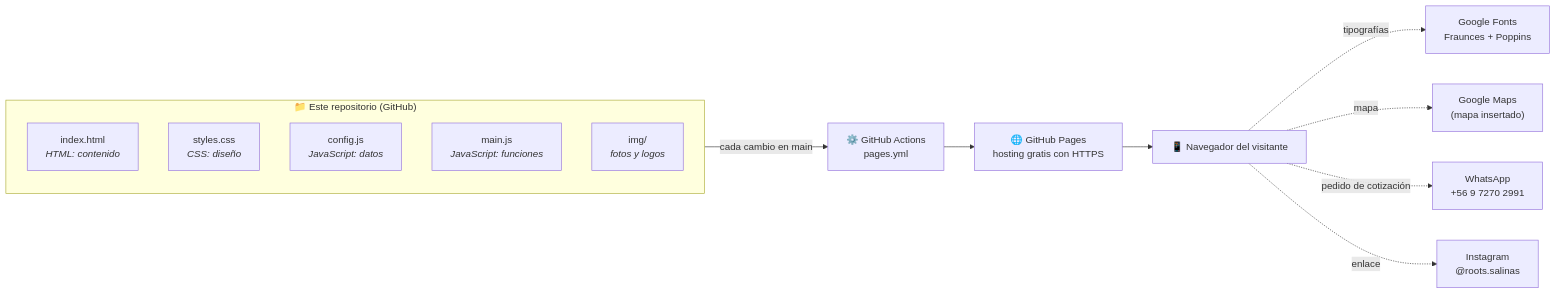
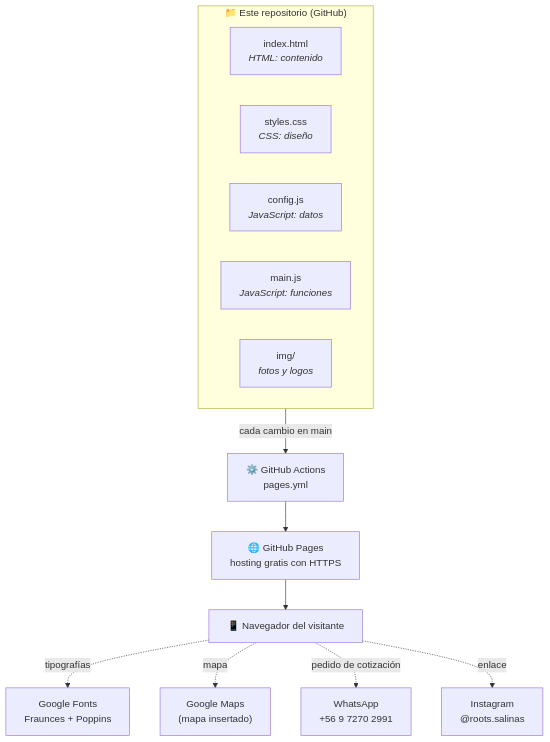
One commit to cristobalrocosaavedra/roots_web changed the first of 3 diagrams in README.md. Above: the diagram before and after it, drawn with Mermaid.

Commit message:
README: diagrama de tecnología en vertical para que se lea mejor

````diff
--- a/README.md
+++ b/README.md
@@ -93,19 +93,20 @@
 ```mermaid
-flowchart LR
+flowchart TD
     subgraph REPO["📁 Este repositorio (GitHub)"]
+        direction LR
         HTML["index.html<br/><i>HTML: contenido</i>"]
         CSS["styles.css<br/><i>CSS: diseño</i>"]
         CFG["config.js<br/><i>JavaScript: datos</i>"]
         JS["main.js<br/><i>JavaScript: funciones</i>"]
         IMG["img/<br/><i>fotos y logos</i>"]
     end
 
     REPO -- "cada cambio en main" --> ACT["⚙️ GitHub Actions<br/>pages.yml"]
     ACT --> PAGES["🌐 GitHub Pages<br/>hosting gratis con HTTPS"]
     PAGES --> NAV["📱 Navegador del visitante"]
 
     NAV -. "tipografías" .-> GF["Google Fonts<br/>Fraunces + Poppins"]
     NAV -. "mapa" .-> GM["Google Maps<br/>(mapa insertado)"]
     NAV -. "pedido de cotización" .-> WA["WhatsApp<br/>+56 9 7270 2991"]
     NAV -. "enlace" .-> IG["Instagram<br/>@roots.salinas"]
 ```
````
